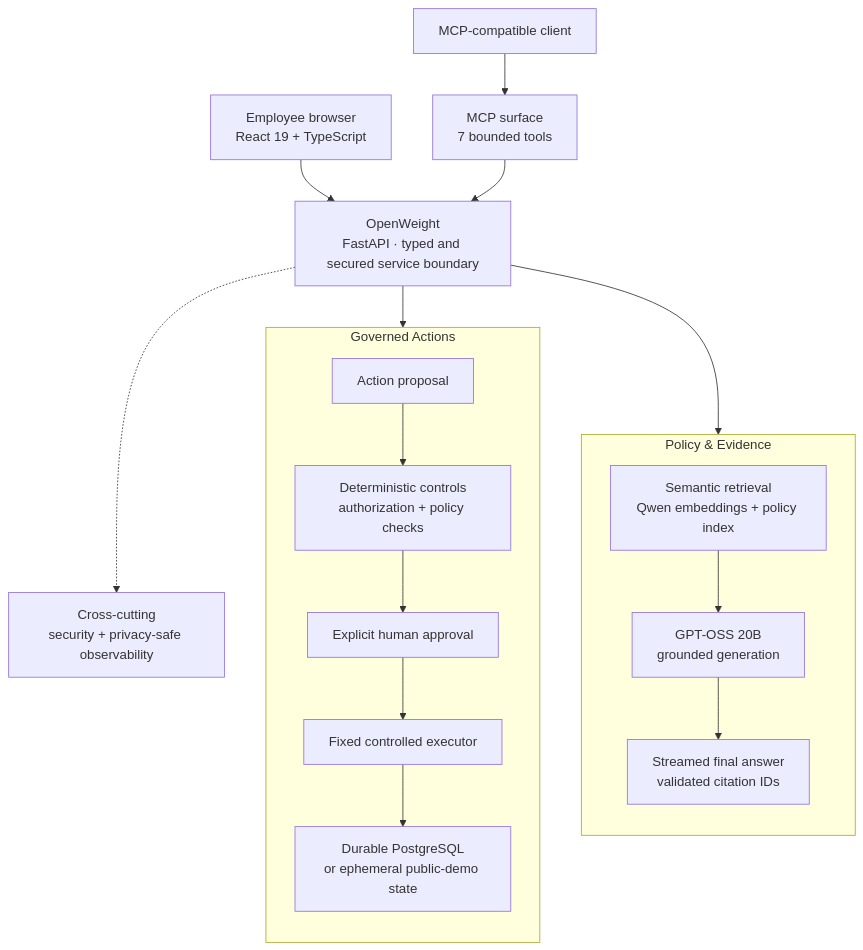
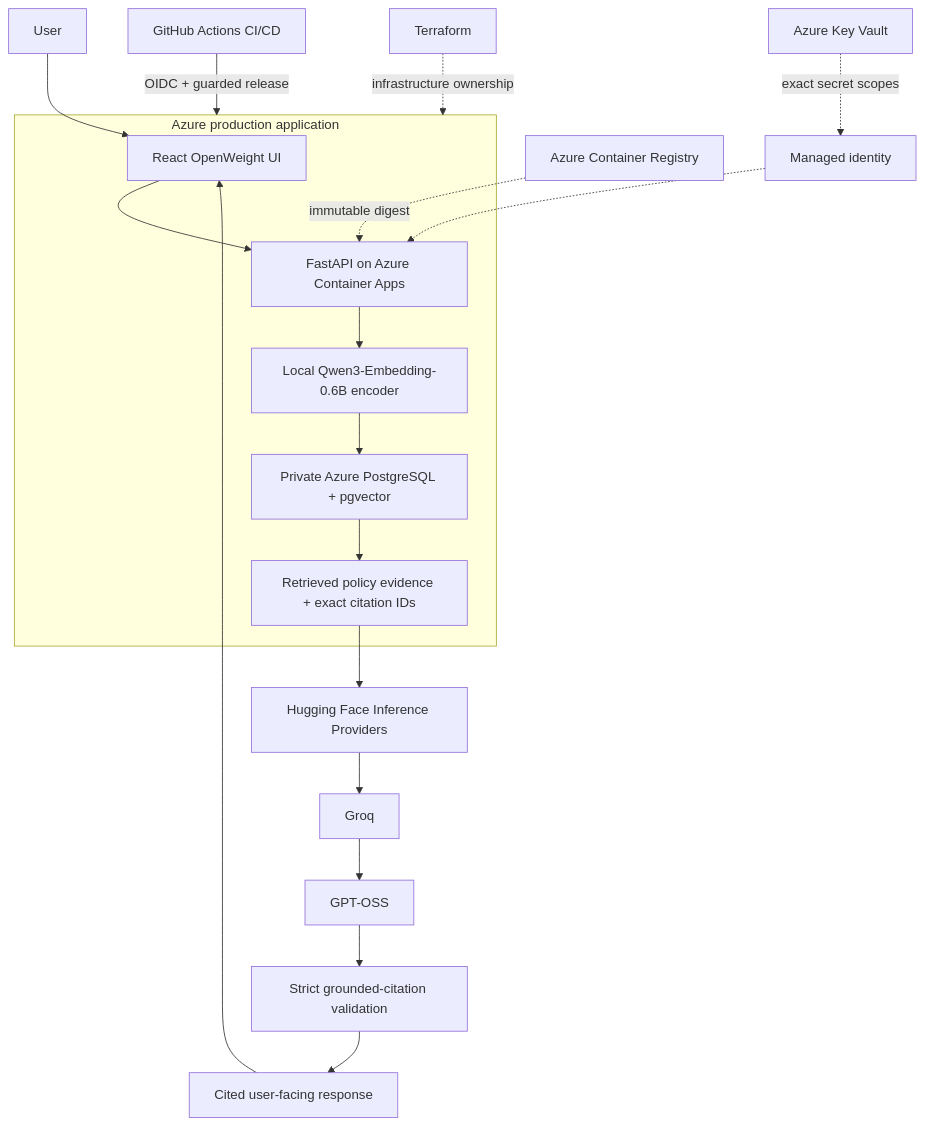
One commit to JosephATerry/openweight changed the diagram in README.md. Above: the diagram before and after it, drawn with Mermaid. The commit also changed other lines of this file, not shown here.

Commit message:
Polish README for production OpenWeight deployment

````diff
--- a/README.md
+++ b/README.md
@@ -90,29 +50,24 @@
 ```mermaid
 flowchart TB
-    browser["Employee browser<br/>React 19 + TypeScript"]
-    client["MCP-compatible client"] --> mcp["MCP surface<br/>7 bounded tools"]
-    browser --> api["OpenWeight<br/>FastAPI · typed and secured service boundary"]
-    mcp --> api
+    user["User"] --> ui["React OpenWeight UI"]
 
-    subgraph policy["Policy & Evidence"]
-        direction TB
-        retrieval["Semantic retrieval<br/>Qwen embeddings + policy index"]
-        gpt["GPT-OSS 20B<br/>grounded generation"]
-        answer["Streamed final answer<br/>validated citation IDs"]
-        retrieval --> gpt --> answer
+    subgraph azure["Azure production application"]
+        ui --> api["FastAPI on Azure Container Apps"]
+        api --> qwen["Local Qwen3-Embedding-0.6B encoder"]
+        qwen --> pg["Private Azure PostgreSQL + pgvector"]
+        pg --> evidence["Retrieved policy evidence + exact citation IDs"]
     end
 
-    subgraph actions["Governed Actions"]
-        direction TB
-        proposal["Action proposal"]
-        controls["Deterministic controls<br/>authorization + policy checks"]
-        approval["Explicit human approval"]
-        executor["Fixed controlled executor"]
-        state["Durable PostgreSQL<br/>or ephemeral public-demo state"]
-        proposal --> controls --> approval --> executor --> state
-    end
+    evidence --> hf["Hugging Face Inference Providers"]
+    hf --> groq["Groq"]
+    groq --> gpt["GPT-OSS"]
+    gpt --> validation["Strict grounded-citation validation"]
+    validation --> response["Cited user-facing response"]
+    response --> ui
 
-    api --> retrieval
-    api --> proposal
-    api -.-> crosscut["Cross-cutting<br/>security + privacy-safe observability"]
+    actions["GitHub Actions CI/CD"] -->|"OIDC + guarded release"| azure
+    terraform["Terraform"] -.->|"infrastructure ownership"| azure
+    acr["Azure Container Registry"] -.->|"immutable digest"| api
+    identity["Managed identity"] -.-> api
+    vault["Azure Key Vault"] -.->|"exact secret scopes"| identity
 ```
````
